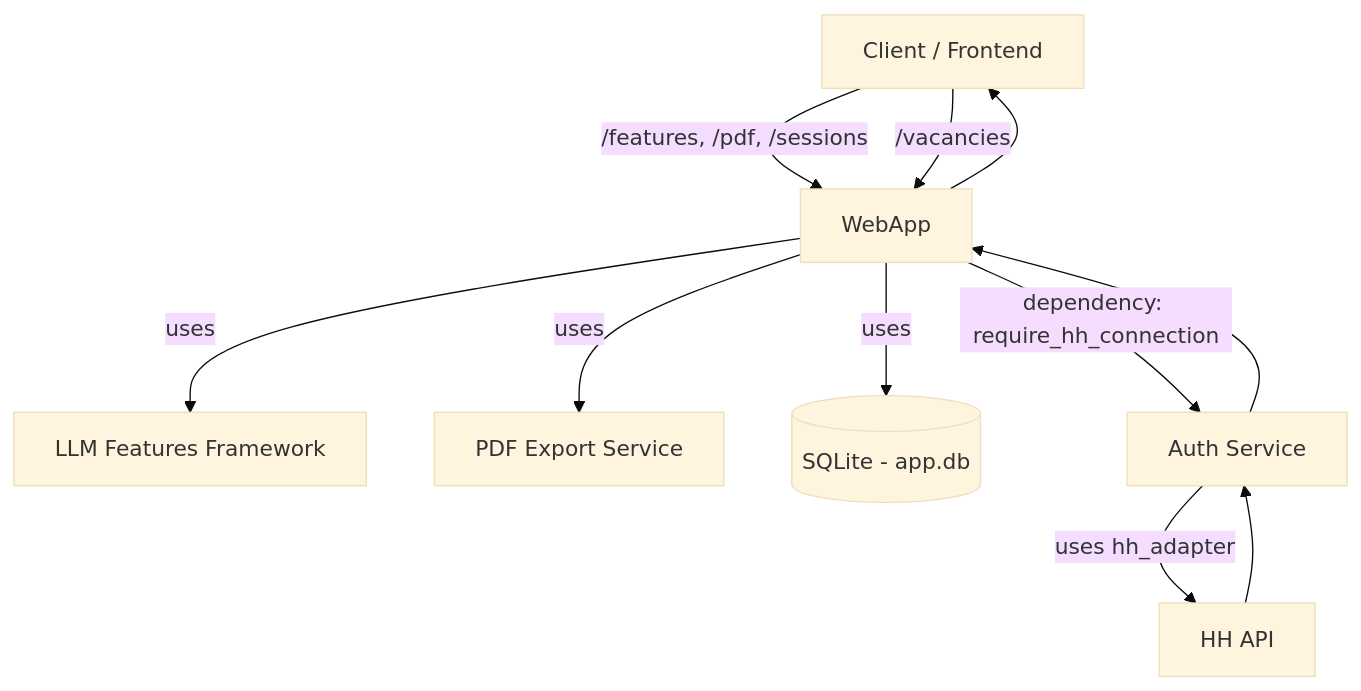
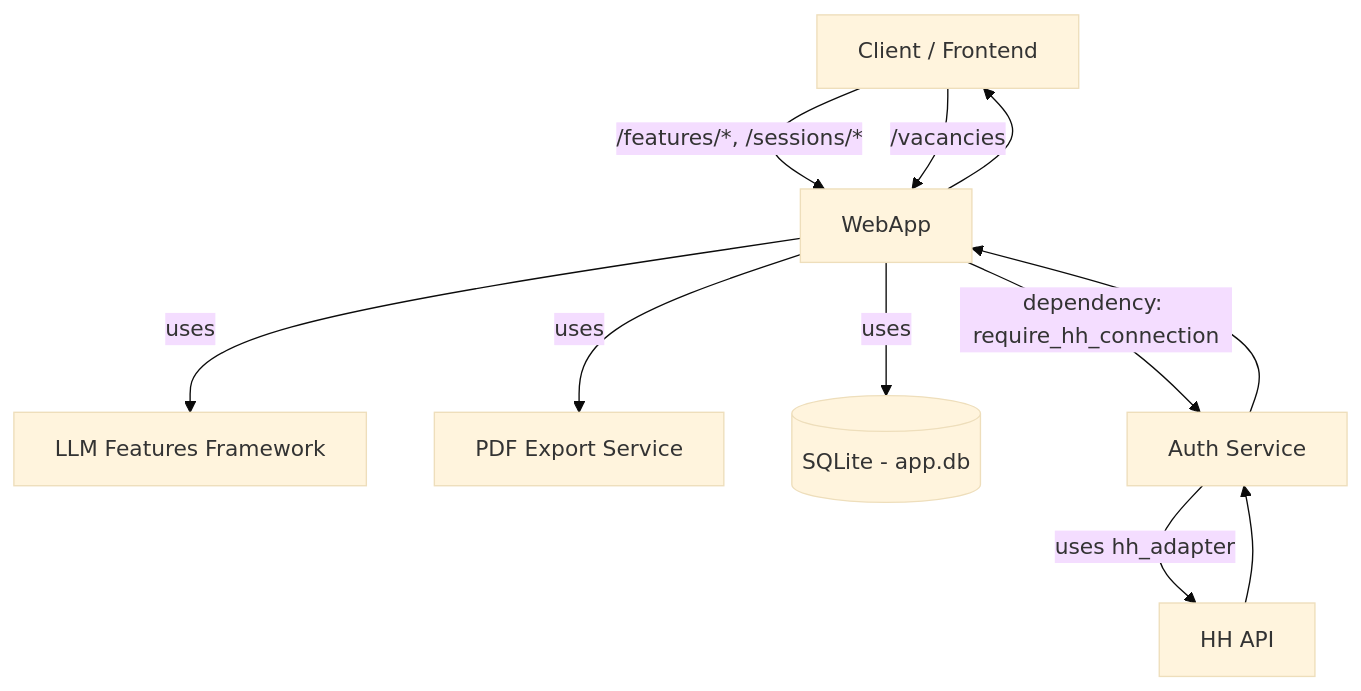
One commit to Maskedxxx/refactor_gpt_4_mini_hackaton_final changed the first of 2 diagrams in docs/architecture/components/webapp.md. Above: the diagram before and after it, drawn with Mermaid (base theme). The commit also changed other lines of this file and 9 other files, not shown here.

Commit message:
docs: align PDF export API to /features/{feature_name}/export/pdf across docs; add CLI for user scenarios (src/cli) and README section; update architecture docs (overview, webapp, pdf_export, llm_* components, cli). Branch: codex/cli-scenarios-initial

````diff
--- a/docs/architecture/components/webapp.md
+++ b/docs/architecture/components/webapp.md
@@ -34,12 +34,12 @@
 ```mermaid
 graph TD
-    A[Client / Frontend] -->|/features, /pdf, /sessions| B[WebApp]
+    A[Client / Frontend] -->|/features/*, /sessions/*| B[WebApp]
     B -->|uses| D[LLM Features Framework]
     B -->|uses| E[PDF Export Service]
     B -->|uses| F[(SQLite - app.db)]
 
     A -->|/vacancies| B
     B -->|dependency: require_hh_connection| G[Auth Service]
     G -->|uses hh_adapter| H[HH API]
     H --> G --> B --> A
 ```
````
